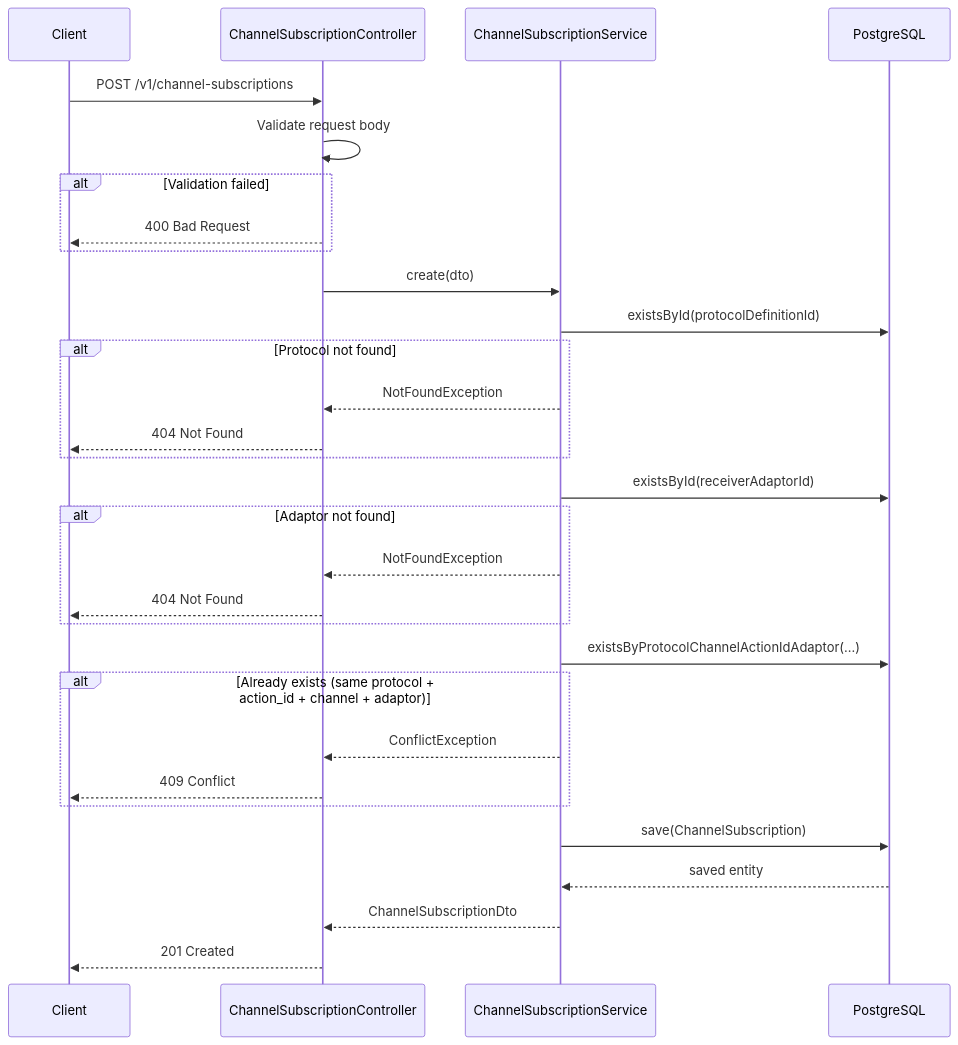
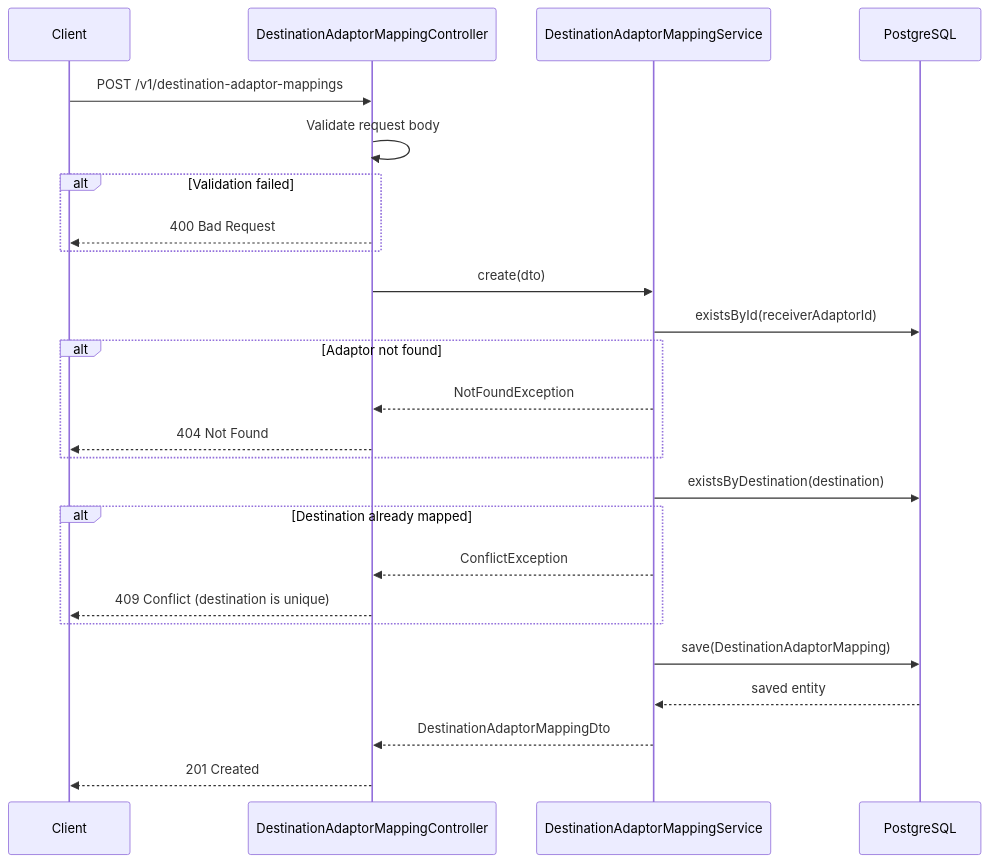
Before and after one commit to Jayaprakash8887/cce-intelligence-service: the tenth of 12 diagrams in docs/flow-diagrams.md, drawn with Mermaid. The commit also changed other lines of this file and 39 other files, not shown here.

First line of the commit message:
feat: Refactor channel subscription to destination adaptor mapping

````diff
--- a/docs/flow-diagrams.md
+++ b/docs/flow-diagrams.md
@@ -348,37 +296,32 @@
 ```mermaid
 sequenceDiagram
     participant Client
-    participant Controller as ChannelSubscriptionController
-    participant Service as ChannelSubscriptionService
+    participant Controller as DestinationAdaptorMappingController
+    participant Service as DestinationAdaptorMappingService
     participant DB as PostgreSQL
 
-    Client->>Controller: POST /v1/channel-subscriptions
+    Client->>Controller: POST /v1/destination-adaptor-mappings
     Controller->>Controller: Validate request body
     alt Validation failed
         Controller-->>Client: 400 Bad Request
     end
 
     Controller->>Service: create(dto)
-    Service->>DB: existsById(protocolDefinitionId)
-    alt Protocol not found
-        Service-->>Controller: NotFoundException
-        Controller-->>Client: 404 Not Found
-    end
 
     Service->>DB: existsById(receiverAdaptorId)
     alt Adaptor not found
         Service-->>Controller: NotFoundException
         Controller-->>Client: 404 Not Found
     end
 
-    Service->>DB: existsByProtocolChannelActionIdAdaptor(...)
-    alt Already exists (same protocol + action_id + channel + adaptor)
+    Service->>DB: existsByDestination(destination)
+    alt Destination already mapped
         Service-->>Controller: ConflictException
-        Controller-->>Client: 409 Conflict
+        Controller-->>Client: 409 Conflict (destination is unique)
     end
 
-    Service->>DB: save(ChannelSubscription)
+    Service->>DB: save(DestinationAdaptorMapping)
     DB-->>Service: saved entity
-    Service-->>Controller: ChannelSubscriptionDto
+    Service-->>Controller: DestinationAdaptorMappingDto
     Controller-->>Client: 201 Created
 ```
````
